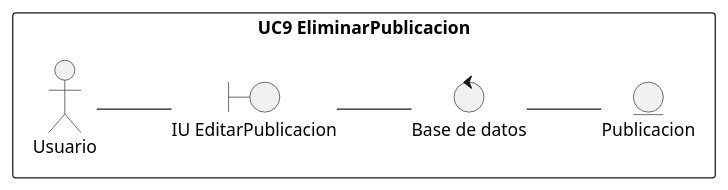
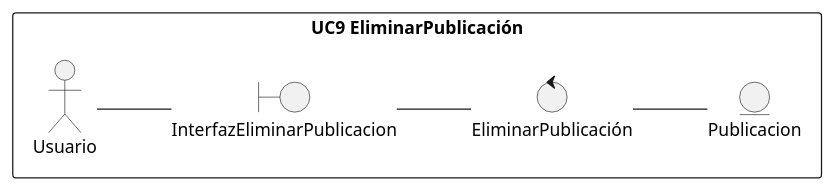
One commit to RolandoU548/Plataforma-Digital-IS changed the diagram in docs/scenariosView/diagramas-de-analisis/DA9.plantuml. Above: the diagram before and after it, drawn with PlantUML. The commit also changed 15 other files, not shown here.

Commit message:
diagrama de clases de analisis

```diff
--- a/docs/scenariosView/diagramas-de-analisis/DA9.plantuml
+++ b/docs/scenariosView/diagramas-de-analisis/DA9.plantuml
@@ -1,30 +1,30 @@
-@startuml r11
+@startuml DA9
 /'
     Crear el diagrama de clases de análisis y de colaboración de los casos de uso prioritarios del proyecto.
 
     Para conseguir el diagrama de clases seguir los siguientes pasos:
 
     1. Identificar las clases Entidad (Modelo)
     2. Identificar las clases Interfaz (Vista)
     3. Identificar las clases Control (Controlador)
     4. Identificar las relaciones entre estas clases
     
     Este diagrama debe ser específico de un caso de uso y las clases deben ser representadas con sus estereotipos.
     
     Para conseguir el diagrama de colaboración, identifique las relaciones (enlaces) entre los objetos y los requerimientos (mensajes) sobre cada objeto involucrado en la descripción del caso de uso.
 '/
 left to right direction
 
-rectangle "UC9 EliminarPublicacion"{
+rectangle "UC9 EliminarPublicación"{
     actor Usuario 
     entity Publicacion as e1
-    boundary "IU EditarPublicacion" as i1
-    control "Base de datos" as c1
+    boundary "InterfazEliminarPublicacion" as i1
+    control "EliminarPublicación" as c1
 }
 Usuario -- i1
 i1 -- c1
 c1 -- e1
 
 
 
 @enduml
```
